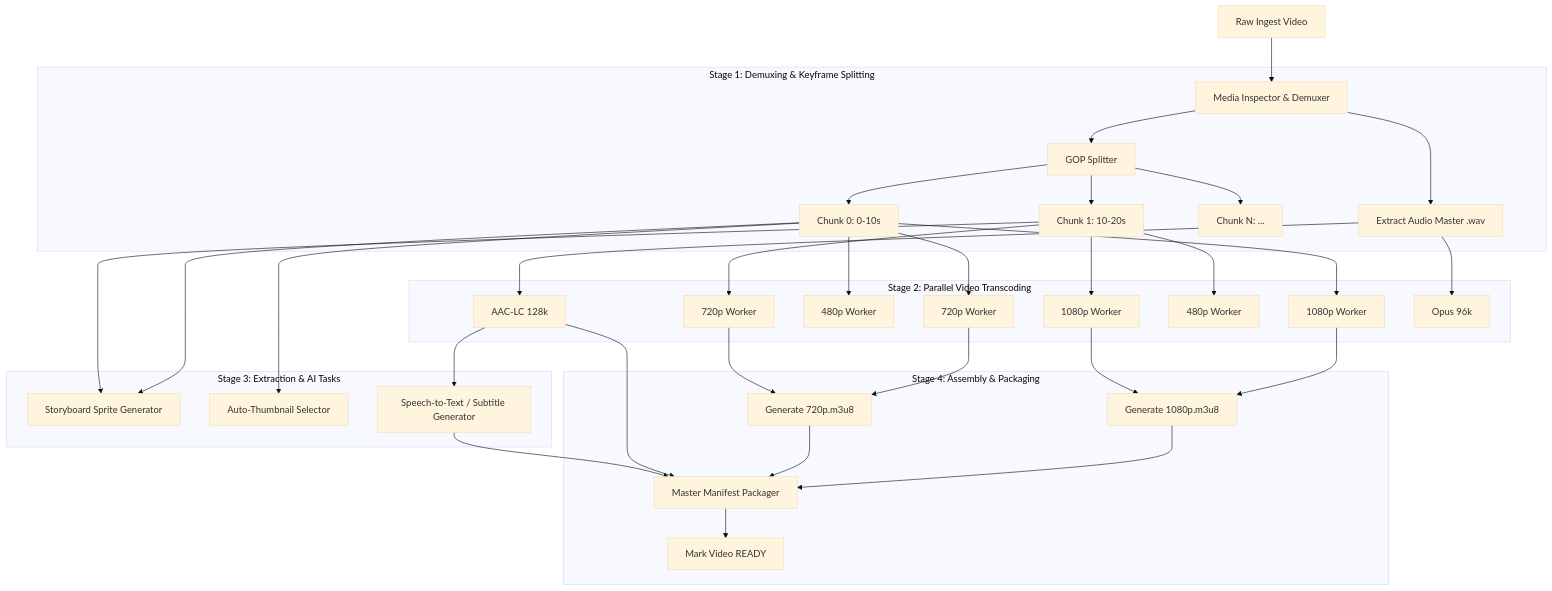
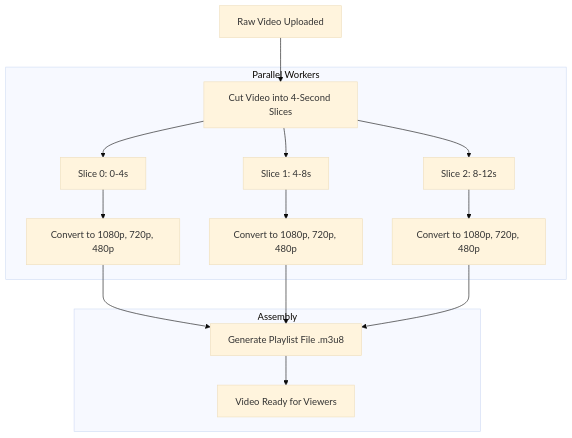
Before and after one commit to Rumman90/system-design-video-streaming: the diagram in docs/transcoding_pipeline_dag.md, drawn with Mermaid (base theme). The commit also changed other lines of this file and 9 other files, not shown here.

````diff
--- a/docs/transcoding_pipeline_dag.md
+++ b/docs/transcoding_pipeline_dag.md
@@ -18,38 +18,19 @@
 ```mermaid
 graph TD
-    Raw[Raw Ingest Video] --> Inspector[Media Inspector & Demuxer]
+    Raw[Raw Video Uploaded] --> Splitter[Cut Video into 4-Second Slices]
     
-    subgraph Stage 1: Demuxing & Keyframe Splitting
-        Inspector --> SplitTask[GOP Splitter]
-        SplitTask --> C0[Chunk 0: 0-10s]
-        SplitTask --> C1[Chunk 1: 10-20s]
-        SplitTask --> CN[Chunk N: ...]
-        Inspector --> AudioTask[Extract Audio Master .wav]
+    subgraph Parallel Workers
+        Splitter --> S0[Slice 0: 0-4s]
+        Splitter --> S1[Slice 1: 4-8s]
+        Splitter --> S2[Slice 2: 8-12s]
+        
+        S0 --> W0[Convert to 1080p, 720p, 480p]
+        S1 --> W1[Convert to 1080p, 720p, 480p]
+        S2 --> W2[Convert to 1080p, 720p, 480p]
     end
 
-    subgraph Stage 2: Parallel Video Transcoding
-        C0 --> E0_1080[1080p Worker]
-        C0 --> E0_720[720p Worker]
-        C0 --> E0_480[480p Worker]
-        
-        C1 --> E1_1080[1080p Worker]
-        C1 --> E1_720[720p Worker]
-        C1 --> E1_480[480p Worker]
-        
-        AudioTask --> Audio_AAC[AAC-LC 128k]
-        AudioTask --> Audio_Opus[Opus 96k]
-    end
-
-    subgraph Stage 3: Extraction & AI Tasks
-        C0 & C1 --> Storyboard[Storyboard Sprite Generator]
-        C0 --> Thumb[Auto-Thumbnail Selector]
-        Audio_AAC --> Whisper[Speech-to-Text / Subtitle Generator]
-    end
-
-    subgraph Stage 4: Assembly & Packaging
-        E0_1080 & E1_1080 --> Playlist1080[Generate 1080p.m3u8]
-        E0_720 & E1_720 --> Playlist720[Generate 720p.m3u8]
-        Playlist1080 & Playlist720 & Audio_AAC & Whisper --> Master[Master Manifest Packager]
-        Master --> Publish[Mark Video READY]
+    subgraph Assembly
+        W0 & W1 & W2 --> Master[Generate Playlist File .m3u8]
+        Master --> Finish[Video Ready for Viewers]
     end
 ```
````
